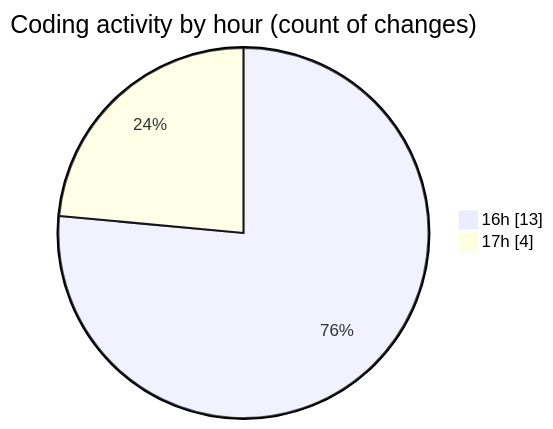
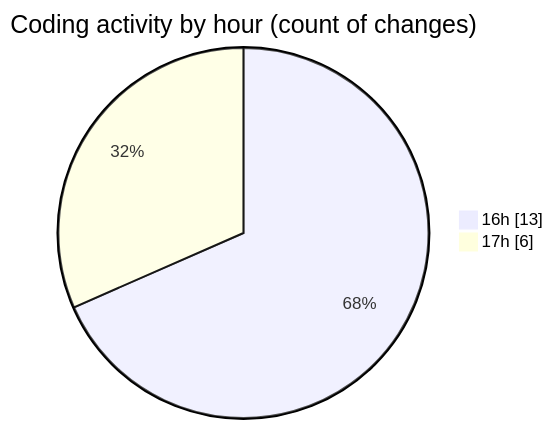
One commit to robertbonfada/code-tracking changed the second of 2 diagrams in 2025-05-20/mbc-web/README.md. Above: the diagram before and after it, drawn with Mermaid. The commit also changed other lines of this file and 1 other file, not shown here.

````diff
--- a/2025-05-20/mbc-web/README.md
+++ b/2025-05-20/mbc-web/README.md
@@ -33,6 +33,6 @@
 ```mermaid
 pie showData
 title Coding activity by hour (count of changes)
 "16h" : 13
-"17h" : 4
+"17h" : 6
 ```
````
